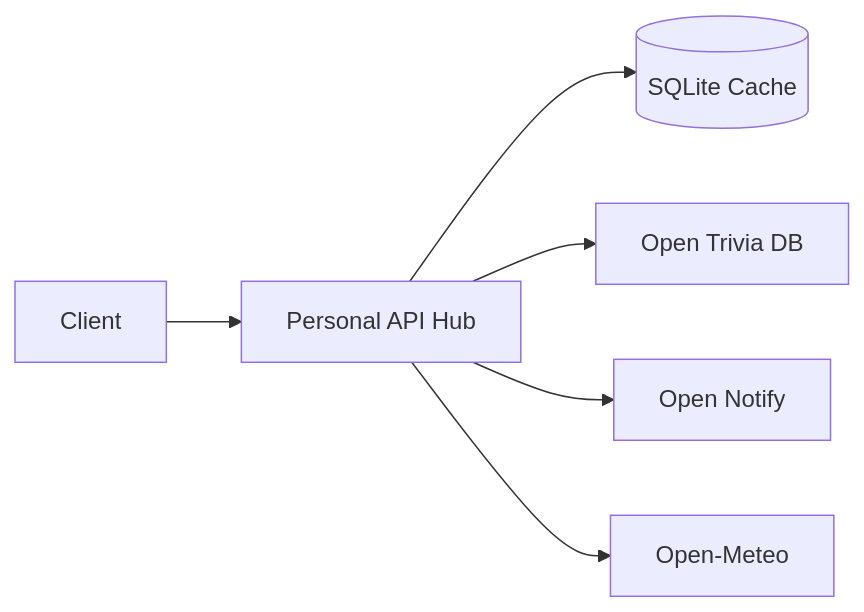
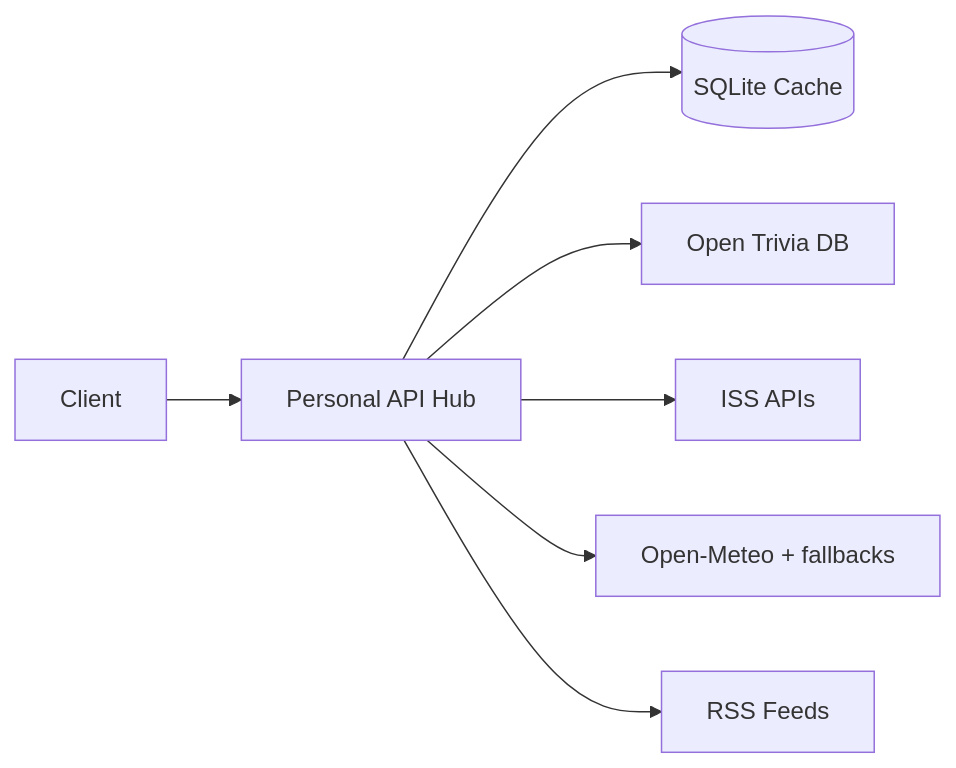
Before and after one commit to deepak-cl/blog-app: the diagram in README.md, drawn with Mermaid. The commit also changed other lines of this file and 17 other files, not shown here.

First line of the commit message:
Add India geo weather/ISS, Prometheus metrics, and dashboard geo UX

````diff
--- a/README.md
+++ b/README.md
@@ -30,8 +31,9 @@
 ```mermaid
 flowchart LR
     Client --> Hub[Personal API Hub]
     Hub --> DB[(SQLite Cache)]
     Hub --> Trivia[Open Trivia DB]
-    Hub --> ISS[Open Notify]
-    Hub --> Weather[Open-Meteo]
+    Hub --> ISS[ISS APIs]
+    Hub --> Weather[Open-Meteo + fallbacks]
+    Hub --> RSS[RSS Feeds]
 ```
````
